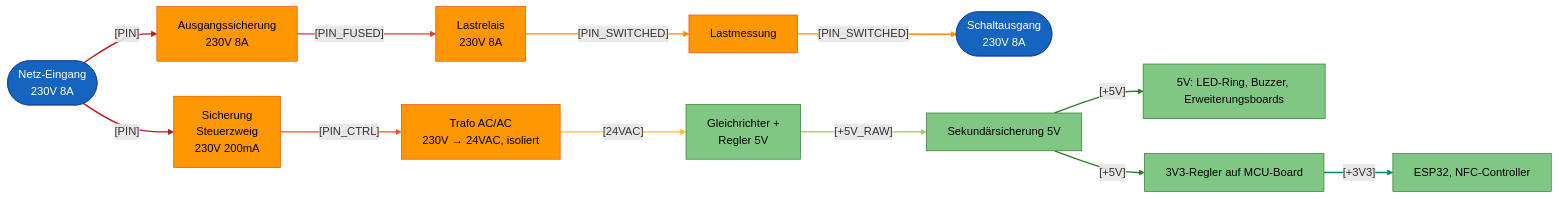
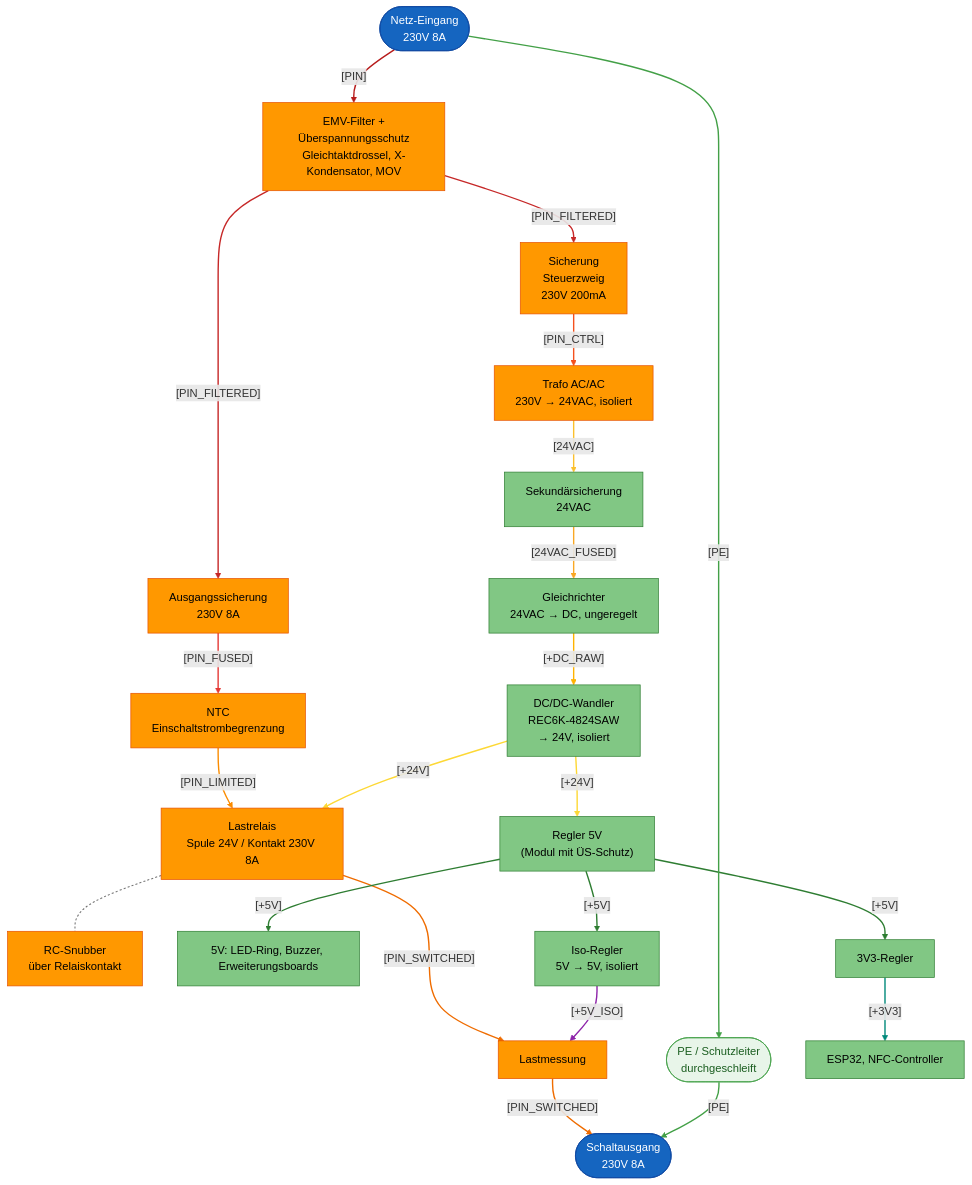
One commit to FREILab/easyVerwaltungHardware changed the second of 3 diagrams in hardware/projects/RFID_BOX/README.md. Above: the diagram before and after it, drawn with Mermaid. The commit also changed other lines of this file, not shown here.

````diff
--- a/hardware/projects/RFID_BOX/README.md
+++ b/hardware/projects/RFID_BOX/README.md
@@ -170,45 +179,71 @@
 ```mermaid
-flowchart LR
+flowchart TB
     NETZ([Netz-Eingang<br/>230V 8A])
+    EMV["EMV-Filter +<br/>Überspannungsschutz<br/>Gleichtaktdrossel, X-Kondensator, MOV"]
     FLAST["Ausgangssicherung<br/>230V 8A"]
-    REL["Lastrelais<br/>230V 8A"]
+    NTC[NTC<br/>Einschaltstrombegrenzung]
+    REL["Lastrelais<br/>Spule 24V / Kontakt 230V 8A"]
+    SNUB["RC-Snubber<br/>über Relaiskontakt"]
     MESS[Lastmessung]
     OUT([Schaltausgang <br/>230V 8A])
+    PE([PE / Schutzleiter<br/>durchgeschleift])
 
     FSTEUER[Sicherung<br/>Steuerzweig<br/>230V 200mA]
     TRAFO["Trafo AC/AC<br/>230V → 24VAC, isoliert"]
-    RECT["Gleichrichter +<br/>Regler 5V"]
-    FSEK[Sekundärsicherung 5V]
+    FSEK[Sekundärsicherung<br/>24VAC]
+    GLEICH["Gleichrichter<br/>24VAC → DC, ungeregelt"]
+    DCDC["DC/DC-Wandler<br/>REC6K-4824SAW<br/>→ 24V, isoliert"]
+    REG5V["Regler 5V<br/>(Modul mit ÜS-Schutz)"]
     V5[5V: LED-Ring, Buzzer, Erweiterungsboards]
-    V33[3V3-Regler auf MCU-Board]
+    V33[3V3-Regler]
     LOGIK[ESP32, NFC-Controller]
+    ISO5V["Iso-Regler<br/>5V → 5V, isoliert"]
 
-    NETZ -->|"[PIN]"| FLAST
-    FLAST -->|"[PIN_FUSED]"| REL
+    NETZ -->|"[PIN]"| EMV
+    EMV -->|"[PIN_FILTERED]"| FLAST
+    FLAST -->|"[PIN_FUSED]"| NTC
+    NTC -->|"[PIN_LIMITED]"| REL
     REL -->|"[PIN_SWITCHED]"| MESS
     MESS -->|"[PIN_SWITCHED]"| OUT
-    NETZ -->|"[PIN]"| FSTEUER
+    REL -.- SNUB
+    EMV -->|"[PIN_FILTERED]"| FSTEUER
     FSTEUER -->|"[PIN_CTRL]"| TRAFO
-    TRAFO -->|"[24VAC]"| RECT
-    RECT -->|"[+5V_RAW]"| FSEK
-    FSEK -->|"[+5V]"| V5
-    FSEK -->|"[+5V]"| V33
+    TRAFO -->|"[24VAC]"| FSEK
+    FSEK -->|"[24VAC_FUSED]"| GLEICH
+    GLEICH -->|"[+DC_RAW]"| DCDC
+    DCDC -->|"[+24V]"| REG5V
+    DCDC -->|"[+24V]"| REL
+    REG5V -->|"[+5V]"| V5
+    REG5V -->|"[+5V]"| V33
     V33 -->|"[+3V3]"| LOGIK
+    REG5V -->|"[+5V]"| ISO5V
+    ISO5V -->|"[+5V_ISO]"| MESS
+    NETZ -->|"[PE]"| PE
+    PE -->|"[PE]"| OUT
 
-    linkStyle 0,4 stroke:#b71c1c,stroke-width:2px
-    linkStyle 1 stroke:#e53935,stroke-width:2px
-    linkStyle 2,3 stroke:#fb8c00,stroke-width:2px
-    linkStyle 5 stroke:#f4511e,stroke-width:2px
-    linkStyle 6 stroke:#fbc02d,stroke-width:2px
-    linkStyle 7 stroke:#9ccc65,stroke-width:2px
-    linkStyle 8,9 stroke:#2e7d32,stroke-width:2px
-    linkStyle 10 stroke:#00897b,stroke-width:2px
+    linkStyle 0 stroke:#b71c1c,stroke-width:2px
+    linkStyle 1,7 stroke:#c62828,stroke-width:2px
+    linkStyle 2 stroke:#e53935,stroke-width:2px
+    linkStyle 3 stroke:#fb8c00,stroke-width:2px
+    linkStyle 4,5 stroke:#ef6c00,stroke-width:2px
+    linkStyle 6 stroke:#757575,stroke-width:1.5px,stroke-dasharray:3 3
+    linkStyle 8 stroke:#f4511e,stroke-width:2px
+    linkStyle 9 stroke:#fbc02d,stroke-width:2px
+    linkStyle 10 stroke:#f9a825,stroke-width:2px
+    linkStyle 11 stroke:#ffb300,stroke-width:2px
+    linkStyle 12,13 stroke:#fdd835,stroke-width:2px
+    linkStyle 14,15,17 stroke:#2e7d32,stroke-width:2px
+    linkStyle 16 stroke:#00897b,stroke-width:2px
+    linkStyle 18 stroke:#8e24aa,stroke-width:2px
+    linkStyle 19,20 stroke:#43a047,stroke-width:2px
 
     classDef term230 fill:#1565c0,color:#fff,stroke:#0d47a1
     classDef part230 fill:#ff9800,color:#000,stroke:#e65100
     classDef partSELV fill:#81c784,color:#000,stroke:#2e7d32
+    classDef pe fill:#e8f5e9,color:#1b5e20,stroke:#43a047
 
     class NETZ,OUT term230
-    class FLAST,REL,MESS,FSTEUER,TRAFO part230
-    class RECT,FSEK,V5,V33,LOGIK partSELV
+    class FLAST,REL,MESS,FSTEUER,TRAFO,EMV,NTC,SNUB part230
+    class GLEICH,DCDC,REG5V,FSEK,V5,V33,LOGIK,ISO5V partSELV
+    class PE pe
 ```
````
